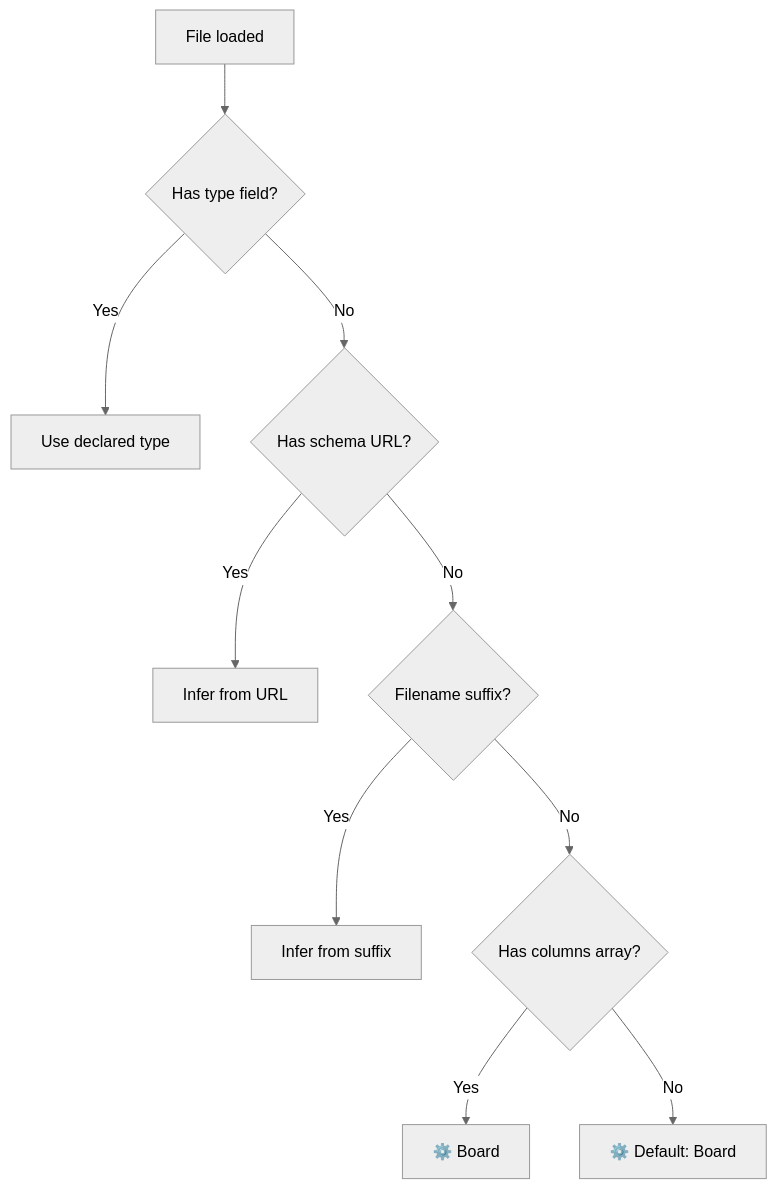
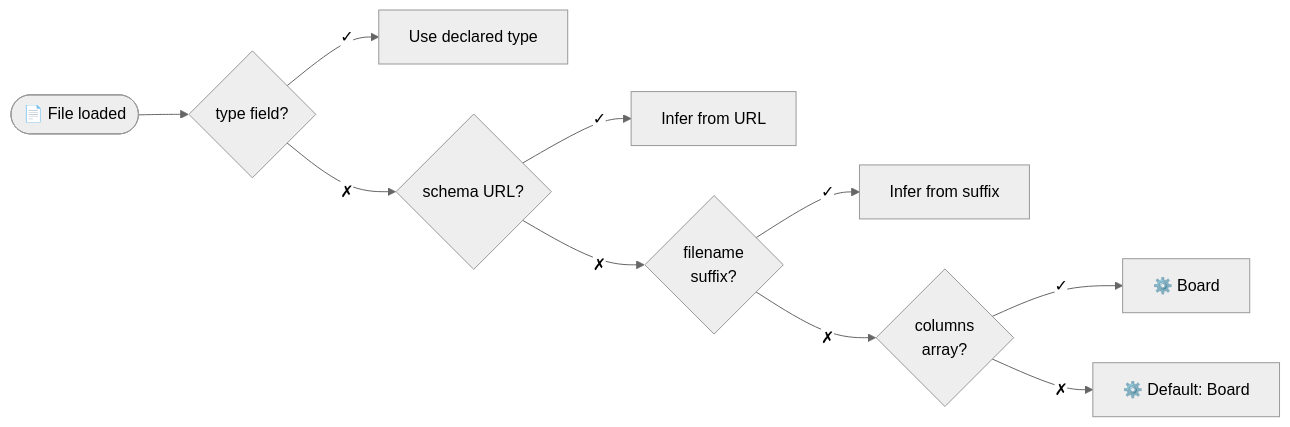
The diagram in docs/reference/types.md (1broseidon/brainfile), drawn with Mermaid (neutral theme) before and after one commit. The commit also changed 6 other files, not shown here.

First line of the commit message:
mermaid diagram cohesive UI overhaul

````diff
--- a/docs/reference/types.md
+++ b/docs/reference/types.md
@@ -226,12 +226,12 @@
 ```mermaid
-flowchart TD
-    A[File loaded] --> B{Has type field?}
-    B -->|Yes| C[Use declared type]
-    B -->|No| D{Has schema URL?}
-    D -->|Yes| E[Infer from URL]
-    D -->|No| F{Filename suffix?}
-    F -->|Yes| G[Infer from suffix]
-    F -->|No| H{Has columns array?}
-    H -->|Yes| I[⚙️ Board]
-    H -->|No| J[⚙️ Default: Board]
+flowchart LR
+    A(["📄 File loaded"]) --> B{"type field?"}
+    B -->|"✓"| C["Use declared type"]
+    B -->|"✗"| D{"schema URL?"}
+    D -->|"✓"| E["Infer from URL"]
+    D -->|"✗"| F{"filename<br/>suffix?"}
+    F -->|"✓"| G["Infer from suffix"]
+    F -->|"✗"| H{"columns<br/>array?"}
+    H -->|"✓"| I["⚙️ Board"]
+    H -->|"✗"| J["⚙️ Default: Board"]
 ```
````
